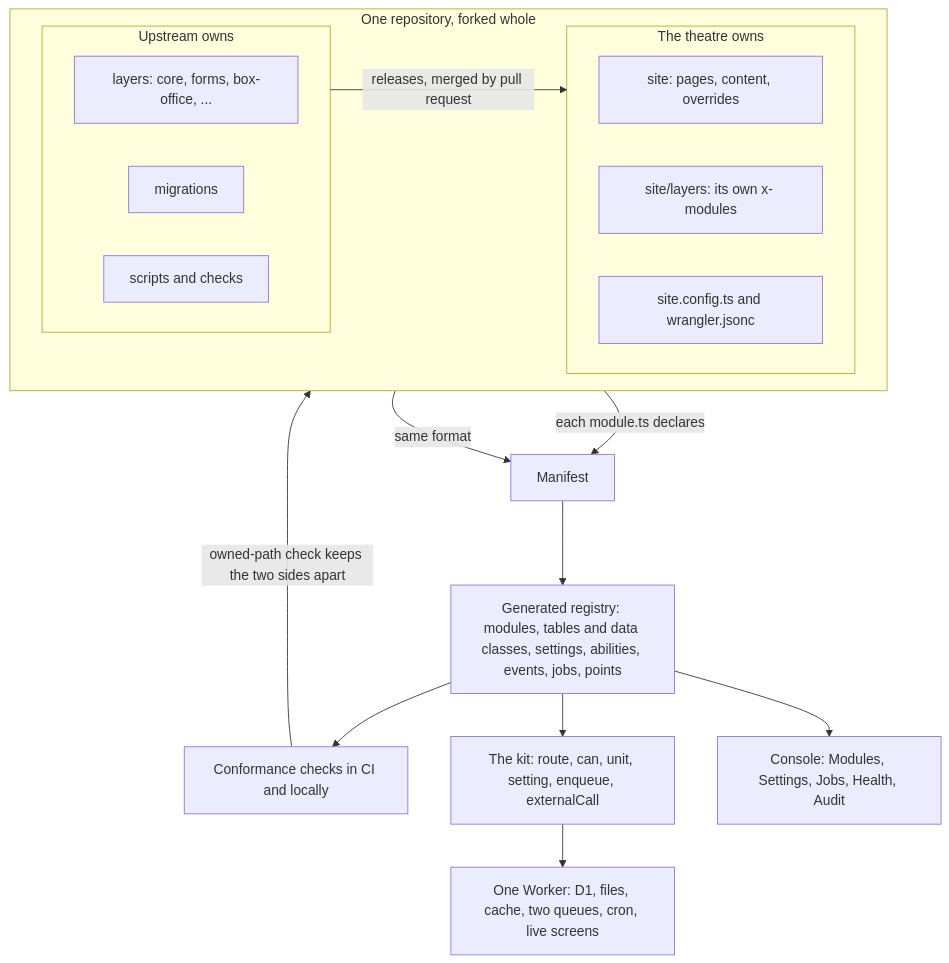
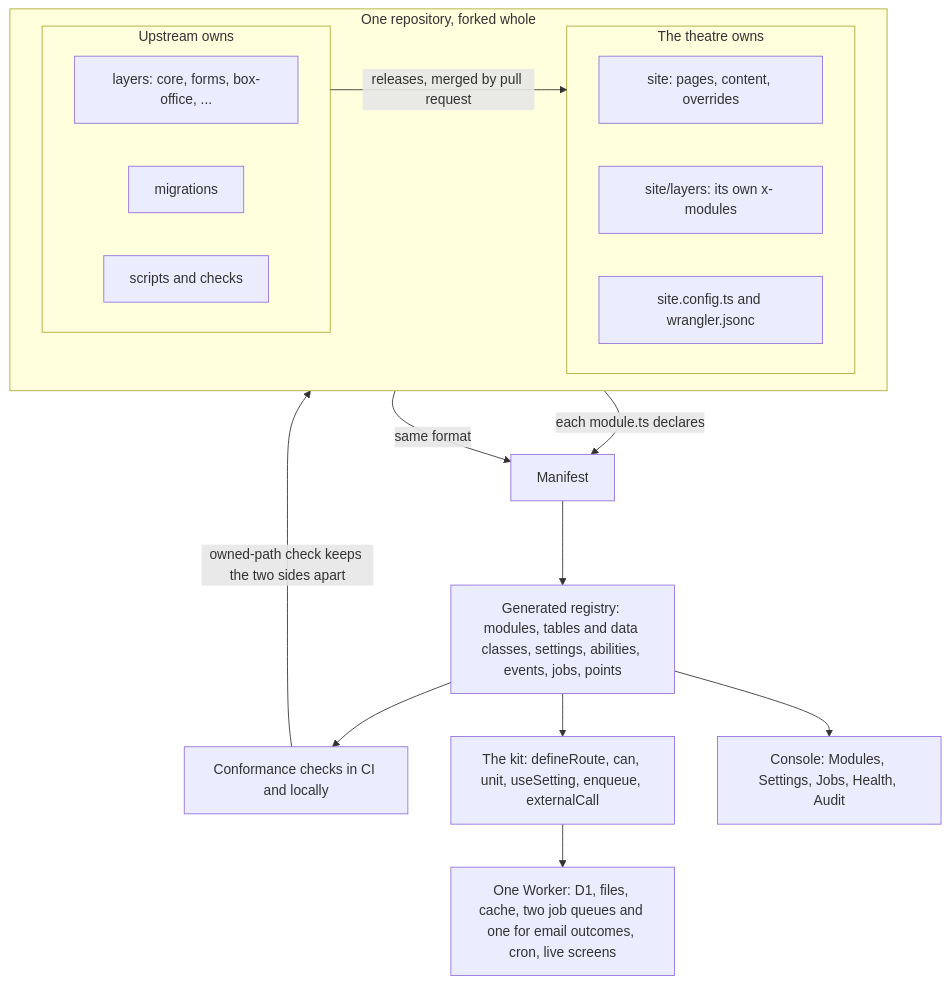
The diagram in docs/specs/foundations/01-overview.md (newtheatre/proscenium), drawn with Mermaid before and after one commit. The commit also changed other lines of this file and 103 other files, not shown here.

````diff
--- a/docs/specs/foundations/01-overview.md
+++ b/docs/specs/foundations/01-overview.md
@@ -43,25 +43,25 @@
 ```mermaid
 flowchart TB
   subgraph Repo[One repository, forked whole]
     direction LR
     subgraph Up[Upstream owns]
       L[layers: core, forms, box-office, ...]
       MG[migrations]
       SC[scripts and checks]
     end
     subgraph Th[The theatre owns]
       S[site: pages, content, overrides]
       X[site/layers: its own x- modules]
       W[site.config.ts and wrangler.jsonc]
     end
   end
   L -- each module.ts declares --> MF[Manifest]
   X -- same format --> MF
   MF --> REG[Generated registry: modules, tables and data classes, settings, abilities, events, jobs, points]
   REG --> CHK[Conformance checks in CI and locally]
-  REG --> KIT[The kit: route, can, unit, setting, enqueue, externalCall]
-  KIT --> WK[One Worker: D1, files, cache, two queues, cron, live screens]
+  REG --> KIT[The kit: defineRoute, can, unit, useSetting, enqueue, externalCall]
+  KIT --> WK[One Worker: D1, files, cache, two job queues and one for email outcomes, cron, live screens]
   REG --> CON[Console: Modules, Settings, Jobs, Health, Audit]
   Up -- releases, merged by pull request --> Th
   CHK -- owned-path check keeps the two sides apart --> Repo
 ```
````
